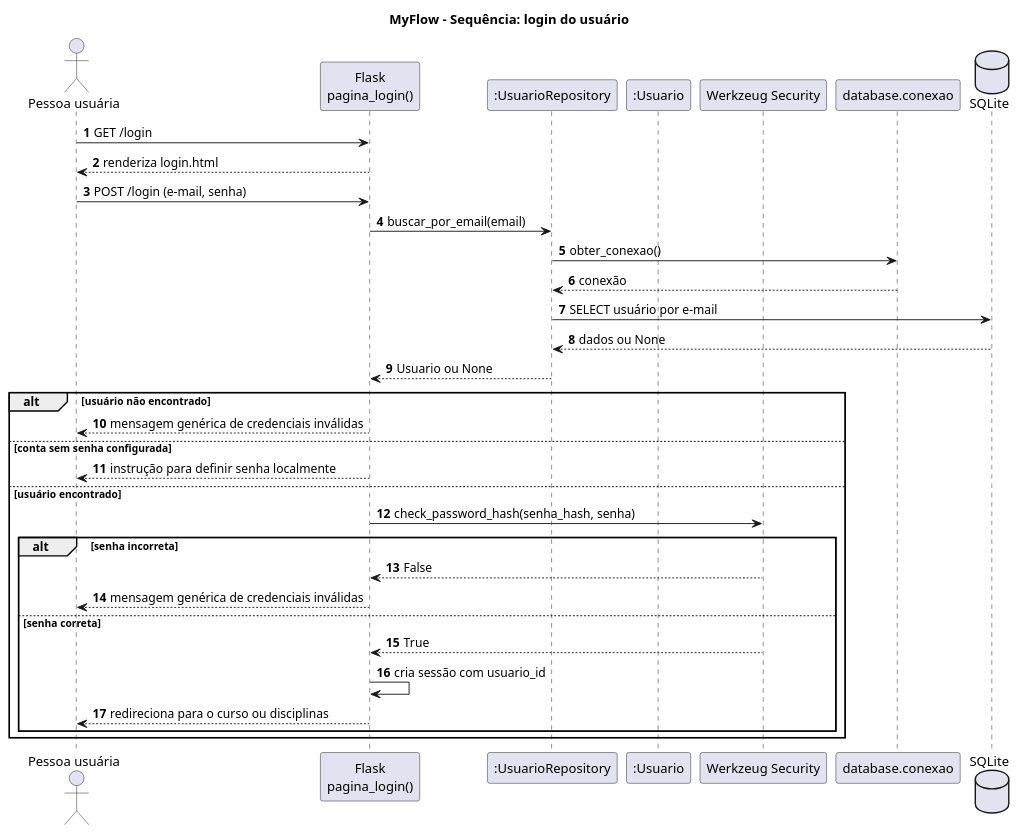
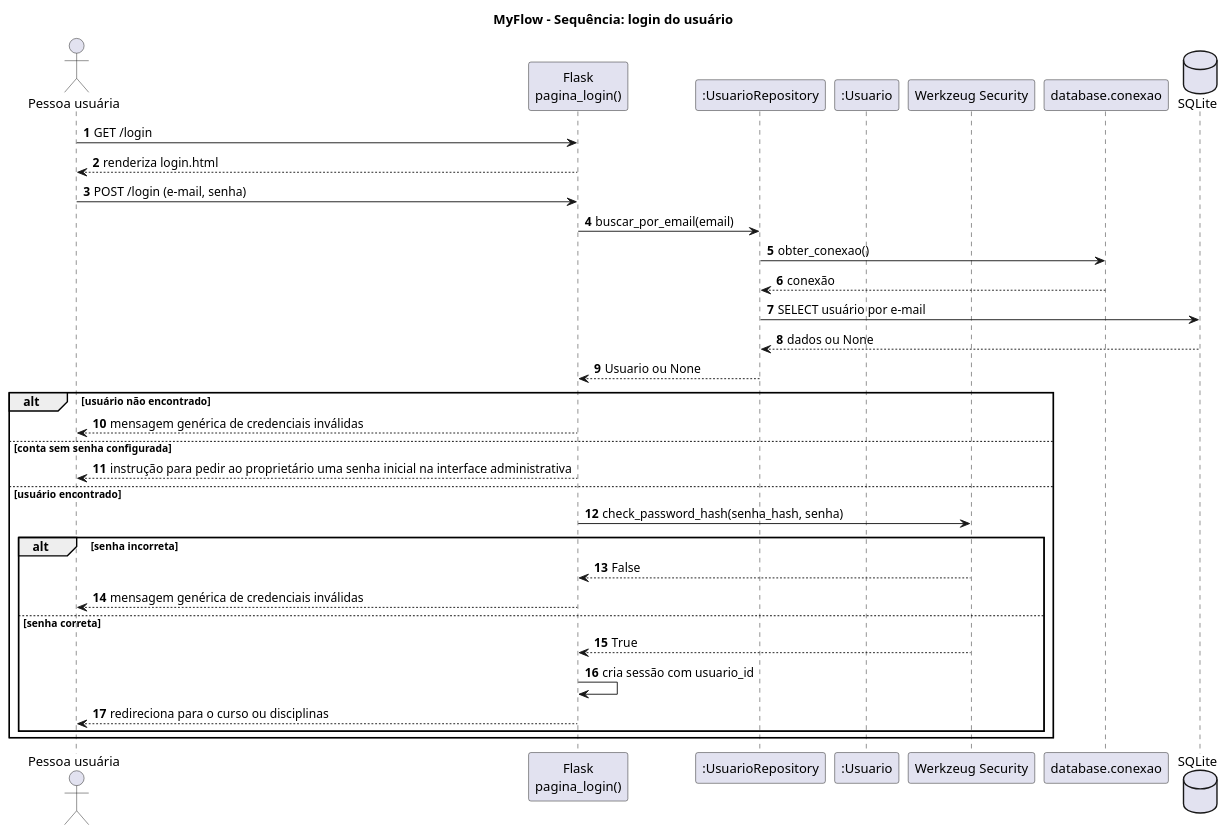
Before and after one commit to nicholasmichelon/project-myflow: the diagram in uml/sequencia/09_sequencia_login.puml, drawn with PlantUML. The commit also changed 135 other files, not shown here.

```diff
--- a/uml/sequencia/09_sequencia_login.puml
+++ b/uml/sequencia/09_sequencia_login.puml
@@ -1,44 +1,44 @@
 @startuml 09_sequencia_login
 title MyFlow - Sequência: login do usuário
 
 skinparam shadowing false
 skinparam sequenceMessageAlign left
 skinparam responseMessageBelowArrow true
 autonumber
 
 actor "Pessoa usuária" as pessoa
 participant "Flask\npagina_login()" as app
 participant ":UsuarioRepository" as repo
 participant ":Usuario" as usuario
 participant "Werkzeug Security" as seguranca
 participant "database.conexao" as cx
 database "SQLite" as db
 
 pessoa -> app : GET /login
 app --> pessoa : renderiza login.html
 
 pessoa -> app : POST /login (e-mail, senha)
 app -> repo : buscar_por_email(email)
 repo -> cx : obter_conexao()
 cx --> repo : conexão
 repo -> db : SELECT usuário por e-mail
 db --> repo : dados ou None
 repo --> app : Usuario ou None
 
 alt usuário não encontrado
   app --> pessoa : mensagem genérica de credenciais inválidas
 else conta sem senha configurada
-  app --> pessoa : instrução para definir senha localmente
+  app --> pessoa : instrução para pedir ao proprietário uma senha inicial na interface administrativa
 else usuário encontrado
   app -> seguranca : check_password_hash(senha_hash, senha)
   alt senha incorreta
     seguranca --> app : False
     app --> pessoa : mensagem genérica de credenciais inválidas
   else senha correta
     seguranca --> app : True
     app -> app : cria sessão com usuario_id
     app --> pessoa : redireciona para o curso ou disciplinas
   end
 end
 
 @enduml
```
